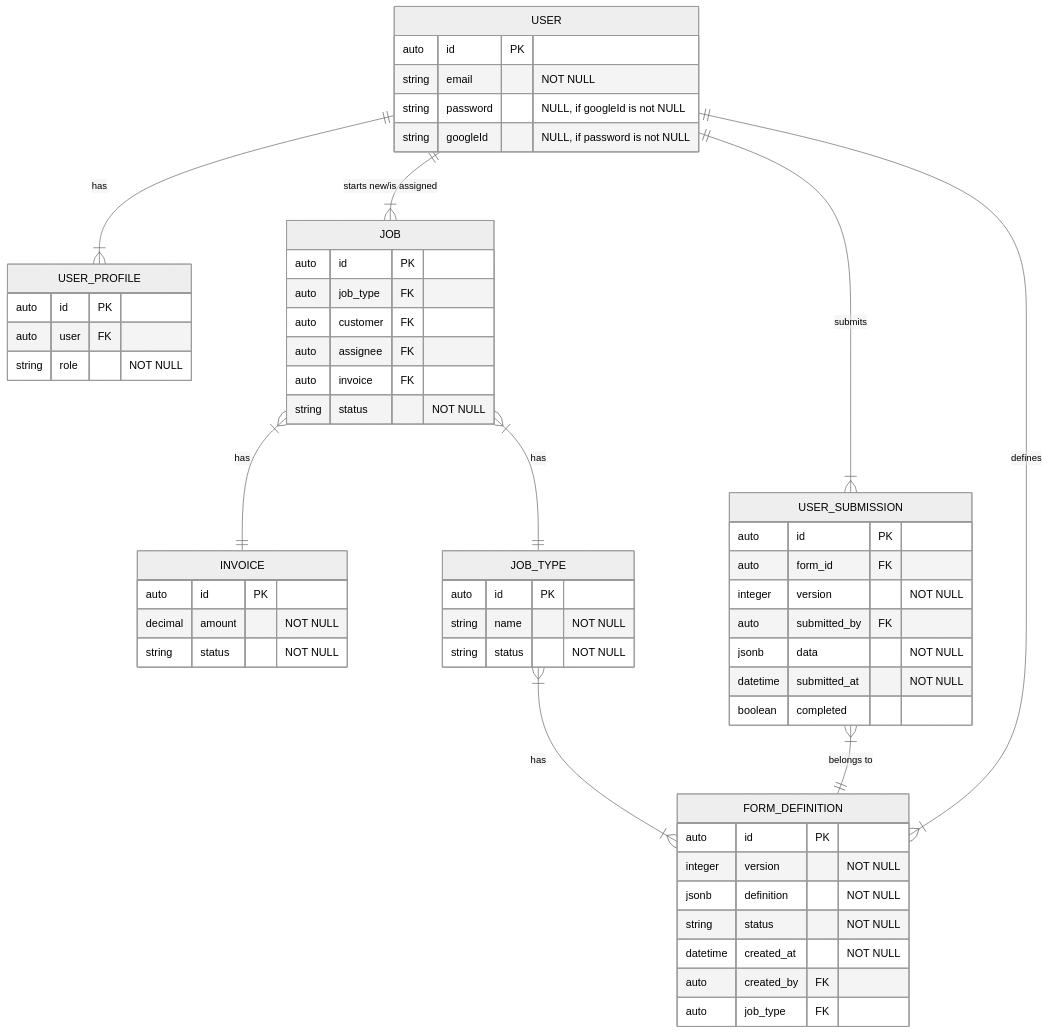
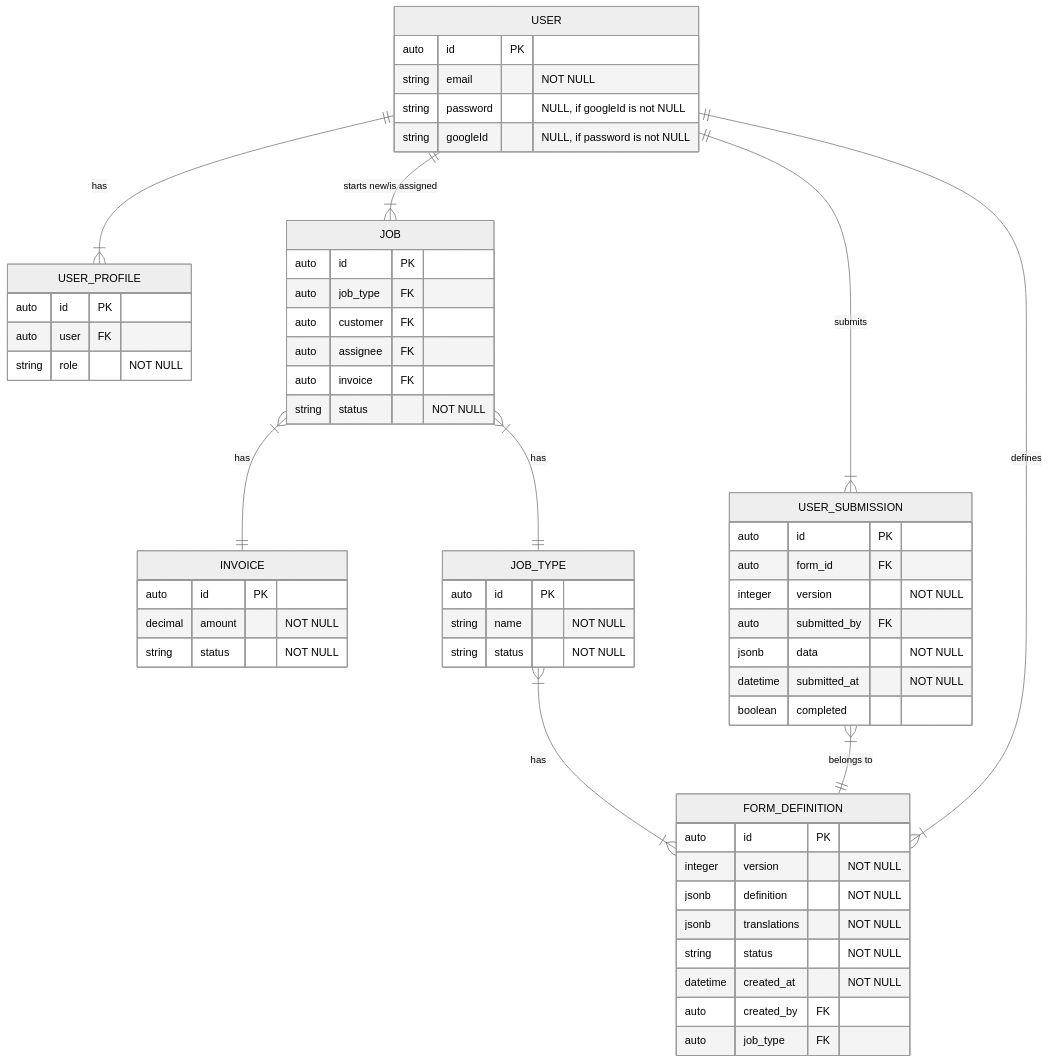
Before and after one commit to cango91/visa-consultancy: the diagram in docs/architecture/ERD.mmd, drawn with Mermaid (neutral theme). The commit also changed 11 other files, not shown here.

```diff
--- a/docs/architecture/ERD.mmd
+++ b/docs/architecture/ERD.mmd
@@ -1,56 +1,57 @@
 erDiagram
     USER ||--|{USER_PROFILE: has
     USER{
         auto id PK
         string email "NOT NULL"
         string password "NULL, if googleId is not NULL"
         string googleId "NULL, if password is not NULL"
     }
     USER_PROFILE{
         auto id PK
         auto user FK
         string role "NOT NULL"
     }
     USER ||--|{JOB: "starts new/is assigned"
     JOB{
         auto id PK
         auto job_type FK
         auto customer FK
         auto assignee FK
         auto invoice FK
         string status "NOT NULL"
     }
     JOB}|--||INVOICE: has
     INVOICE{
         auto id PK
         decimal amount "NOT NULL"
         string status "NOT NULL"
     }
     JOB}|--||JOB_TYPE:has
     JOB_TYPE{
         auto id PK
         string name "NOT NULL"
         string status "NOT NULL"
     }
     JOB_TYPE}|--|{FORM_DEFINITION:has
     FORM_DEFINITION{
         auto id PK
         integer version "NOT NULL"
         jsonb definition "NOT NULL"
+        jsonb translations "NOT NULL"
         string status "NOT NULL"
         datetime created_at "NOT NULL"
         auto created_by FK
         auto job_type FK
     }
     USER_SUBMISSION}|--||FORM_DEFINITION:"belongs to"
     USER_SUBMISSION{
         auto id PK
         auto form_id FK
         integer version "NOT NULL"
         auto submitted_by FK
         jsonb data "NOT NULL"
         datetime submitted_at "NOT NULL"
         boolean completed
     }
     USER||--|{USER_SUBMISSION:submits
     USER||--|{FORM_DEFINITION:defines
```
